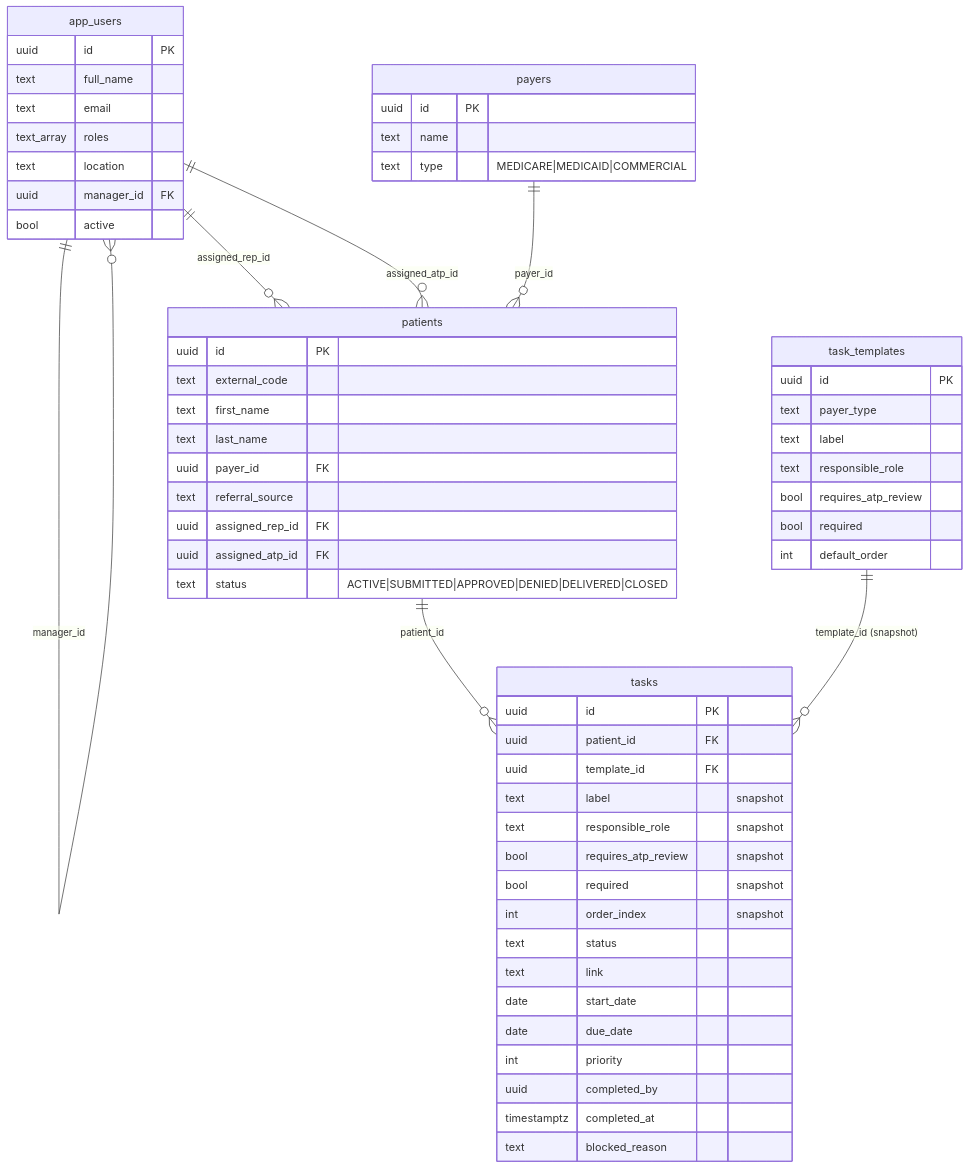
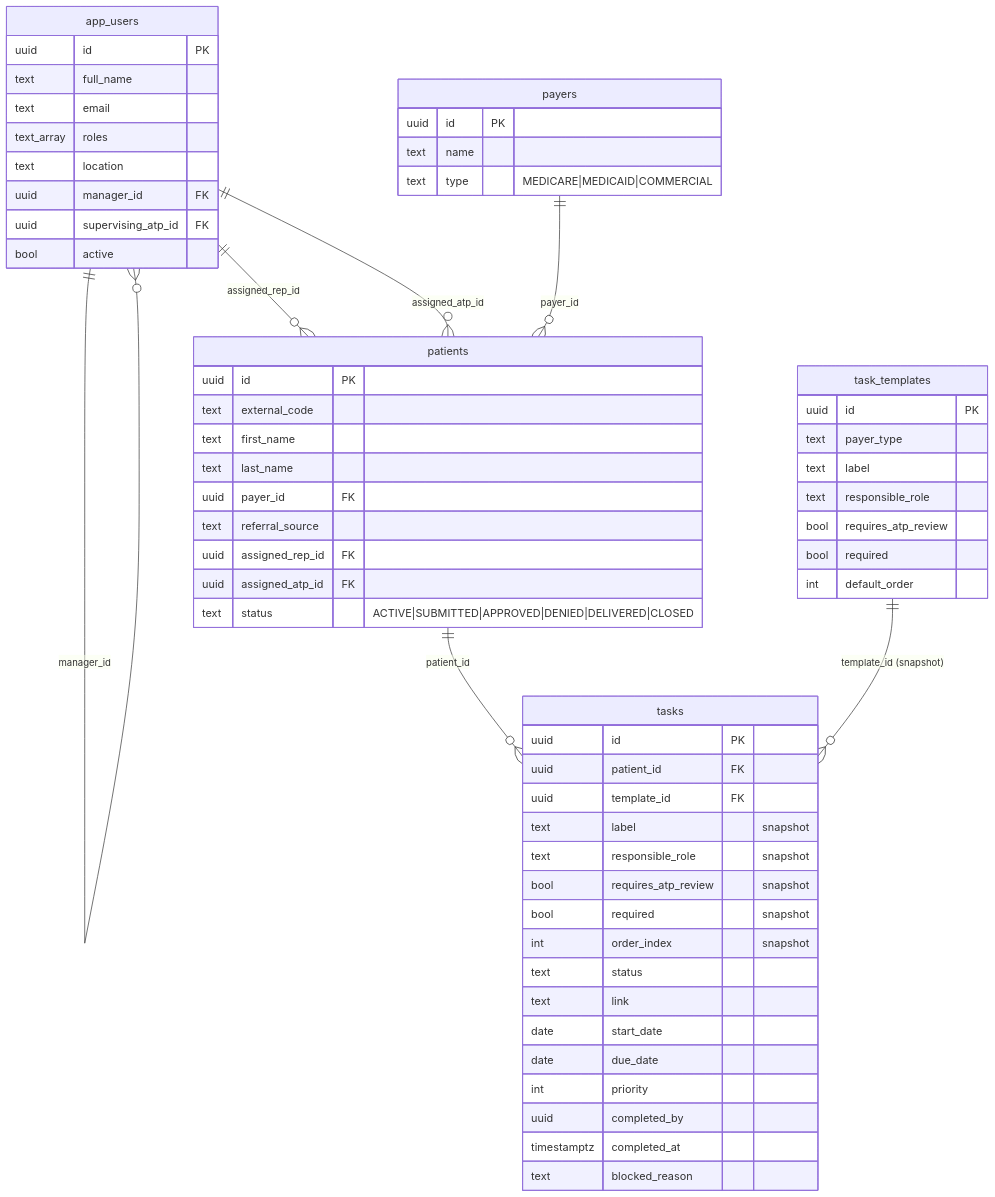
Before and after one commit to benpinoli/PatientOS: the diagram in ARCHITECTURE.md, drawn with Mermaid. The commit also changed other lines of this file and 14 other files, not shown here.

````diff
--- a/ARCHITECTURE.md
+++ b/ARCHITECTURE.md
@@ -17,62 +17,63 @@
 ```mermaid
 erDiagram
   app_users ||--o{ app_users      : "manager_id"
   app_users ||--o{ patients       : "assigned_rep_id"
   app_users ||--o{ patients       : "assigned_atp_id"
   payers    ||--o{ patients       : "payer_id"
   patients  ||--o{ tasks          : "patient_id"
   task_templates ||--o{ tasks     : "template_id (snapshot)"
 
   app_users {
     uuid id PK
     text full_name
     text email
     text_array roles
     text location
     uuid manager_id FK
+    uuid supervising_atp_id FK
     bool active
   }
   payers {
     uuid id PK
     text name
     text type "MEDICARE|MEDICAID|COMMERCIAL"
   }
   patients {
     uuid id PK
     text external_code
     text first_name
     text last_name
     uuid payer_id FK
     text referral_source
     uuid assigned_rep_id FK
     uuid assigned_atp_id FK
     text status "ACTIVE|SUBMITTED|APPROVED|DENIED|DELIVERED|CLOSED"
   }
   task_templates {
     uuid id PK
     text payer_type
     text label
     text responsible_role
     bool requires_atp_review
     bool required
     int  default_order
   }
   tasks {
     uuid id PK
     uuid patient_id FK
     uuid template_id FK
     text label "snapshot"
     text responsible_role "snapshot"
     bool requires_atp_review "snapshot"
     bool required "snapshot"
     int  order_index "snapshot"
     text status
     text link
     date start_date
     date due_date
     int  priority
     uuid completed_by
     timestamptz completed_at
     text blocked_reason
   }
 ```
````
